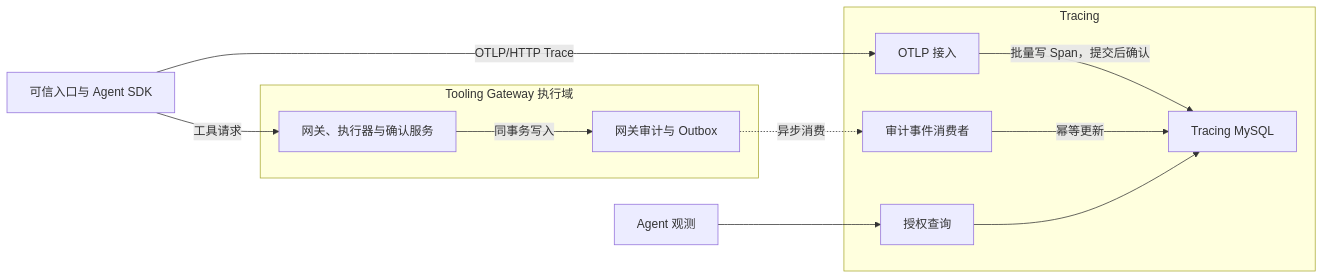
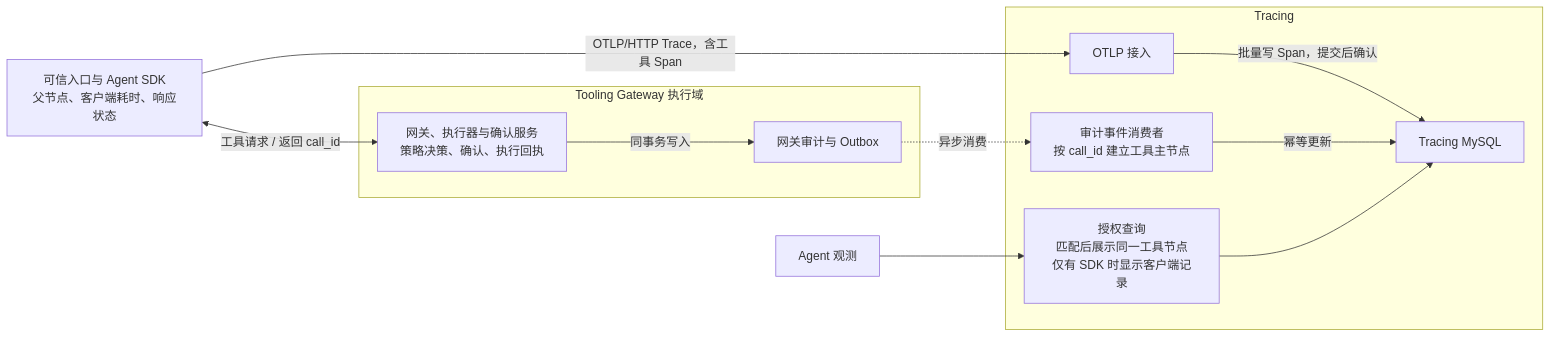
The diagram in docs/architecture/tracing-architecture.md (zhaochy1990/dubhe), drawn with Mermaid before and after one commit. The commit also changed other lines of this file and 1 other file, not shown here.

Commit message:
Show SDK and gateway tool records in Tracing diagrams

````diff
--- a/docs/architecture/tracing-architecture.md
+++ b/docs/architecture/tracing-architecture.md
@@ -36,15 +35,15 @@
 ```mermaid
 flowchart LR
-  Agent["可信入口与 Agent SDK"] -->|OTLP/HTTP Trace| Ingest
-  Agent -->|工具请求| Gateway
+  Agent["可信入口与 Agent SDK<br/>父节点、客户端耗时、响应状态"] -->|OTLP/HTTP Trace，含工具 Span| Ingest
+  Agent <-->|工具请求 / 返回 call_id| Gateway
   subgraph Tooling["Tooling Gateway 执行域"]
-    Gateway["网关、执行器与确认服务"] -->|同事务写入| Audit["网关审计与 Outbox"]
+    Gateway["网关、执行器与确认服务<br/>策略决策、确认、执行回执"] -->|同事务写入| Audit["网关审计与 Outbox"]
   end
   subgraph Tracing["Tracing"]
     Ingest["OTLP 接入"] -->|批量写 Span，提交后确认| Store["Tracing MySQL"]
-    Consumer["审计事件消费者"] -->|幂等更新| Store
-    Query["授权查询"] --> Store
+    Consumer["审计事件消费者<br/>按 call_id 建立工具主节点"] -->|幂等更新| Store
+    Query["授权查询<br/>匹配后展示同一工具节点<br/>仅有 SDK 时显示客户端记录"] --> Store
   end
   Audit -.->|异步消费| Consumer
   Console["Agent 观测"] --> Query
 ```
````
